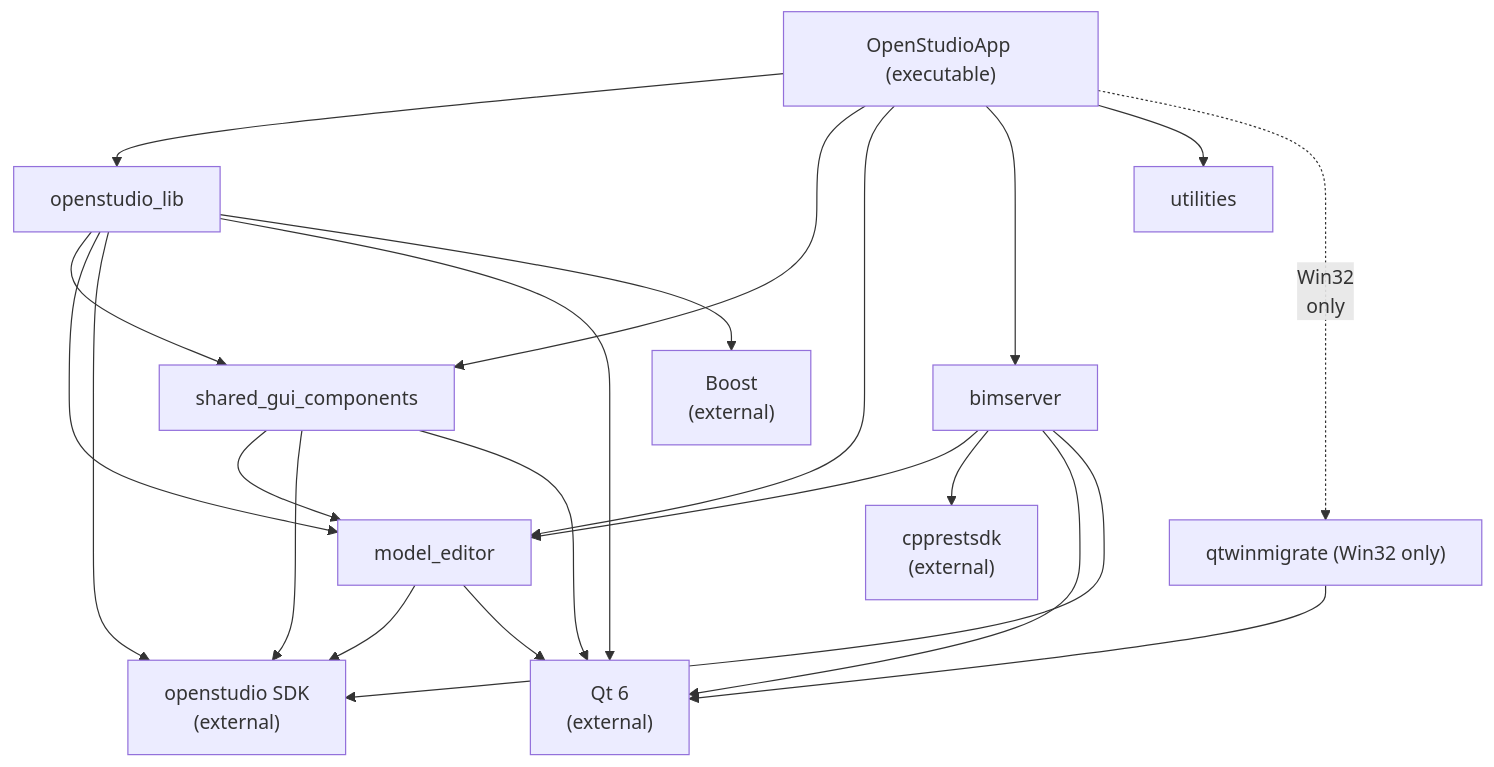
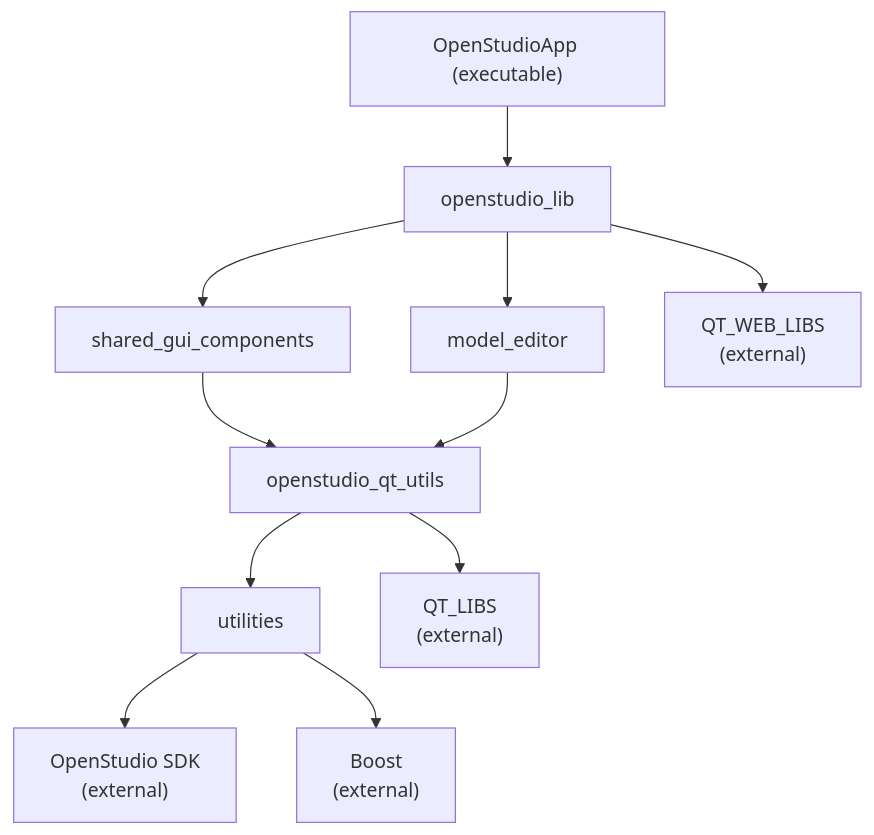
The third of 4 diagrams in developer/doc/architecture.md (openstudiocoalition/OpenStudioApplication), drawn with Mermaid before and after one commit. The commit also changed other lines of this file and 136 other files, not shown here.

First line of the commit message:
refactor: extract openstudio_qt_utils; reorganize shared_gui_components

````diff
--- a/developer/doc/architecture.md
+++ b/developer/doc/architecture.md
@@ -90,36 +85,24 @@
 ```mermaid
 flowchart TD
   EXE["OpenStudioApp (executable)"]
   LIB["openstudio_lib"]
   SHARED["shared_gui_components"]
   ME["model_editor"]
-  BIM["bimserver"]
+  QTUTILS["openstudio_qt_utils"]
   UTIL["utilities"]
-  QTWM["qtwinmigrate (Win32 only)"]
-  SDK["openstudio SDK\n(external)"]
-  QT["Qt 6\n(external)"]
-  BOOST["Boost\n(external)"]
-  CPPREST["cpprestsdk\n(external)"]
+  QTWEB["QT_WEB_LIBS<br>(external)"]
+  QTLIB["QT_LIBS<br>(external)"]
+  OSSDK["OpenStudio SDK<br>(external)"]
+  BOOST["Boost<br>(external)"]
 
   EXE --> LIB
-  EXE --> SHARED
-  EXE --> ME
-  EXE --> BIM
-  EXE --> UTIL
   LIB --> SHARED
   LIB --> ME
-  LIB --> SDK
-  LIB --> QT
-  LIB --> BOOST
-  SHARED --> ME
-  SHARED --> SDK
-  SHARED --> QT
-  ME --> SDK
-  ME --> QT
-  BIM --> ME
-  BIM --> CPPREST
-  BIM --> QT
-  BIM --> SDK
-  QTWM --> QT
-  EXE -. "Win32\nonly" .-> QTWM
+  LIB --> QTWEB
+  SHARED --> QTUTILS
+  ME --> QTUTILS
+  QTUTILS --> UTIL
+  QTUTILS --> QTLIB
+  UTIL --> OSSDK
+  UTIL --> BOOST
 ```
````
